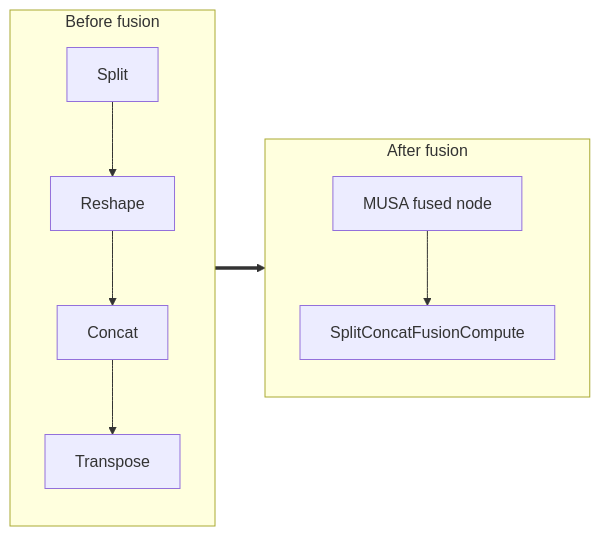
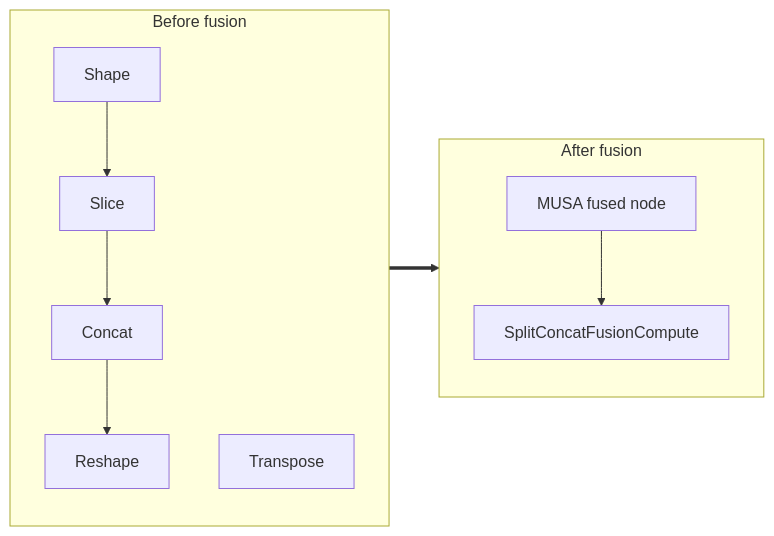
The diagram in musa/docs/fusion/split_concat.md (MooreThreads/onnxruntime-musa), drawn with Mermaid before and after one commit. The commit also changed other lines of this file and 2 other files, not shown here.

````diff
--- a/musa/docs/fusion/split_concat.md
+++ b/musa/docs/fusion/split_concat.md
@@ -24,18 +24,19 @@
 ```mermaid
 flowchart LR
   subgraph Before[Before fusion]
-    B0["Split"]
-    B1["Reshape"]
+    B0["Shape"]
+    B1["Slice"]
+    B2["Concat"]
+    B3["Reshape"]
+    B4["Transpose"]
     B0 --> B1
-    B2["Concat"]
     B1 --> B2
-    B3["Transpose"]
     B2 --> B3
   end
   subgraph After[After fusion]
     A0["MUSA fused node"]
     A1["SplitConcatFusionCompute"]
     A0 --> A1
   end
   Before ==> After
 ```
````
